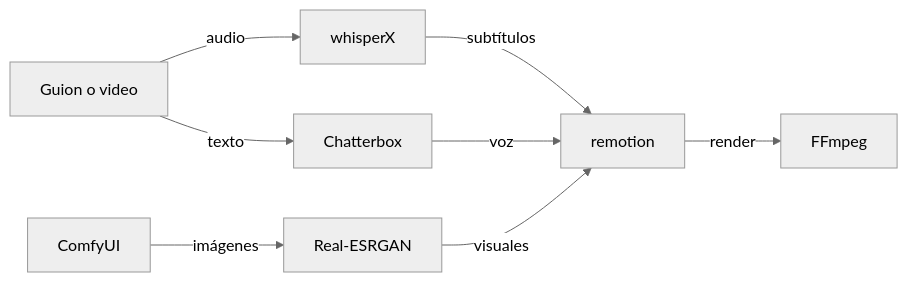
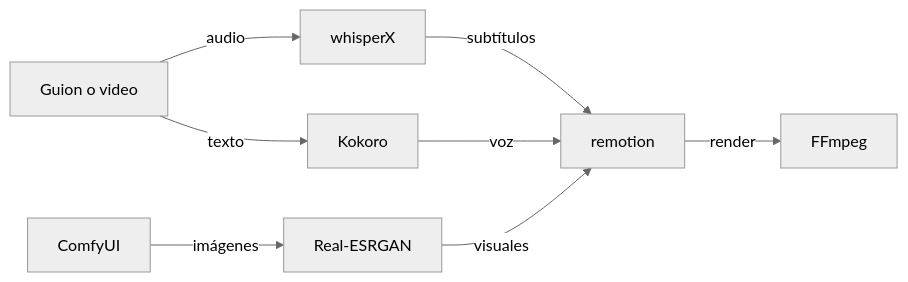
One commit to Cristrva1/BL_Alexandria changed the diagram in human/playbooks/pipeline-de-reels-video-corto.md. Above: the diagram before and after it, drawn with Mermaid (neutral theme). The commit also changed other lines of this file and 965 other files, not shown here.

````diff
--- a/human/playbooks/pipeline-de-reels-video-corto.md
+++ b/human/playbooks/pipeline-de-reels-video-corto.md
@@ -9,10 +9,10 @@
 ```mermaid
 flowchart LR
   Guion_o_video["Guion o video"] -->|audio| whisperx["whisperX"]
-  Guion_o_video["Guion o video"] -->|texto| chatterbox["Chatterbox"]
+  Guion_o_video["Guion o video"] -->|texto| kokoro["Kokoro"]
   comfyui["ComfyUI"] -->|imágenes| real_esrgan["Real-ESRGAN"]
   whisperx["whisperX"] -->|subtítulos| remotion["remotion"]
-  chatterbox["Chatterbox"] -->|voz| remotion["remotion"]
+  kokoro["Kokoro"] -->|voz| remotion["remotion"]
   real_esrgan["Real-ESRGAN"] -->|visuales| remotion["remotion"]
   remotion["remotion"] -->|render| ffmpeg["FFmpeg"]
 ```
````
